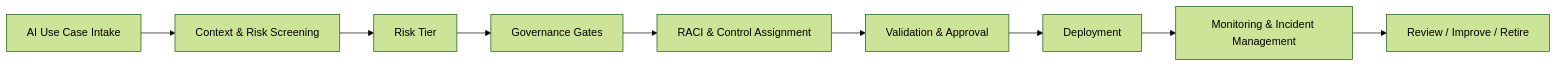
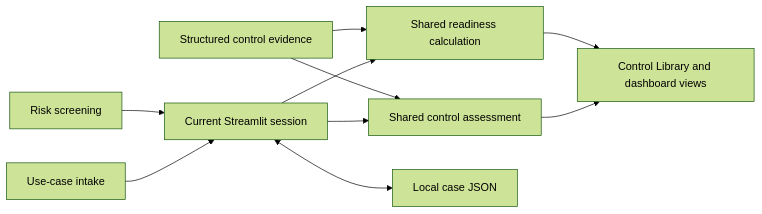
Before and after one commit to ammaraltalhi/saudi-public-sector-ai-governance-lab: the diagram in README.md, drawn with Mermaid (forest theme). The commit also changed other lines of this file and 38 other files, not shown here.

````diff
--- a/README.md
+++ b/README.md
@@ -24,11 +65,12 @@
 ```mermaid
 flowchart LR
-    A[AI Use Case Intake] --> B[Context & Risk Screening]
-    B --> C[Risk Tier]
-    C --> D[Governance Gates]
-    D --> E[RACI & Control Assignment]
-    E --> F[Validation & Approval]
-    F --> G[Deployment]
-    G --> H[Monitoring & Incident Management]
-    H --> I[Review / Improve / Retire]
+    A[Use-case intake] --> S[Current Streamlit session]
+    R[Risk screening] --> S
+    S --> C[Shared control assessment]
+    S --> D[Shared readiness calculation]
+    E[Structured control evidence] --> C
+    E --> D
+    S <--> J[Local case JSON]
+    C --> V[Control Library and dashboard views]
+    D --> V
 ```
````
